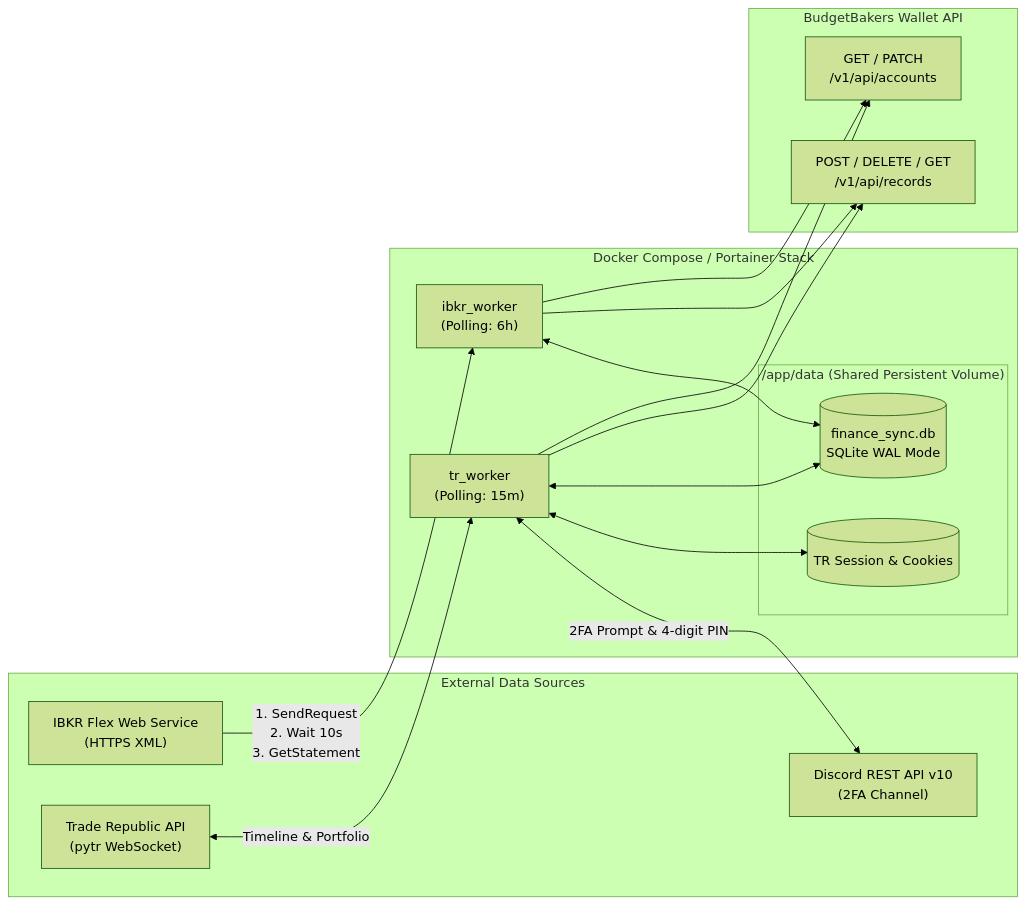
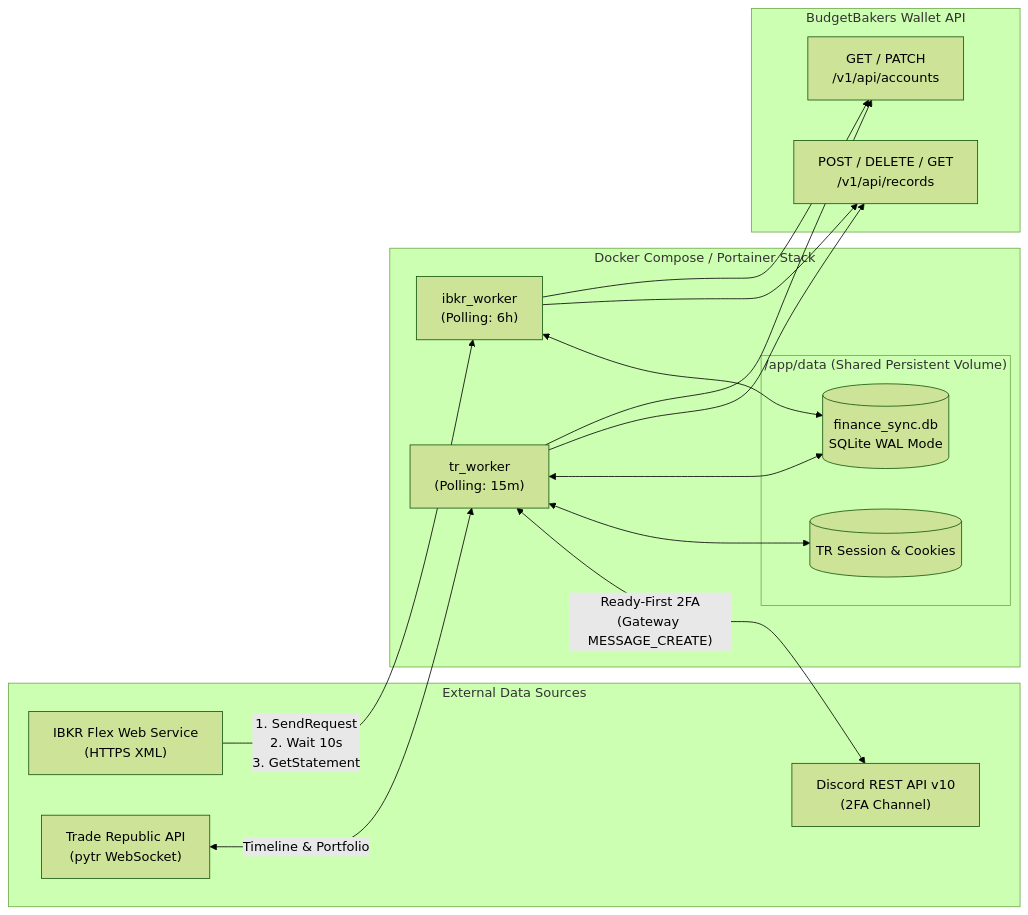
Before and after one commit to mevljas/finance-sync: the diagram in docs/ARCHITECTURE.md, drawn with Mermaid (forest theme). The commit also changed other lines of this file and 16 other files, not shown here.

Commit message:
feat: switch Trade Republic 2FA to ready-first Discord Gateway WebSocket listener

````diff
--- a/docs/ARCHITECTURE.md
+++ b/docs/ARCHITECTURE.md
@@ -5,33 +5,33 @@
 ```mermaid
 flowchart LR
     subgraph Brokers["External Data Sources"]
         IBKR["IBKR Flex Web Service\n(HTTPS XML)"]
         TR["Trade Republic API\n(pytr WebSocket)"]
         DISCORD["Discord REST API v10\n(2FA Channel)"]
     end
 
     subgraph Homelab["Docker Compose / Portainer Stack"]
         IW["ibkr_worker\n(Polling: 6h)"]
         TW["tr_worker\n(Polling: 15m)"]
         subgraph Volume["/app/data (Shared Persistent Volume)"]
             SQLITE[("finance_sync.db\nSQLite WAL Mode")]
             TRSESS[("TR Session & Cookies")]
         end
     end
 
     subgraph Target["BudgetBakers Wallet API"]
         BB_REC["POST / DELETE / GET\n/v1/api/records"]
         BB_ACC["GET / PATCH\n/v1/api/accounts"]
     end
 
     IBKR -->|"1. SendRequest\n2. Wait 10s\n3. GetStatement"| IW
     TR <-->|"Timeline & Portfolio"| TW
-    TW <-->|"2FA Prompt & 4-digit PIN"| DISCORD
+    TW <-->|"Ready-First 2FA\n(Gateway MESSAGE_CREATE)"| DISCORD
     TW <--> TRSESS
     IW <--> SQLITE
     TW <--> SQLITE
     IW --> BB_REC
     IW --> BB_ACC
     TW --> BB_REC
     TW --> BB_ACC
 ```
````
